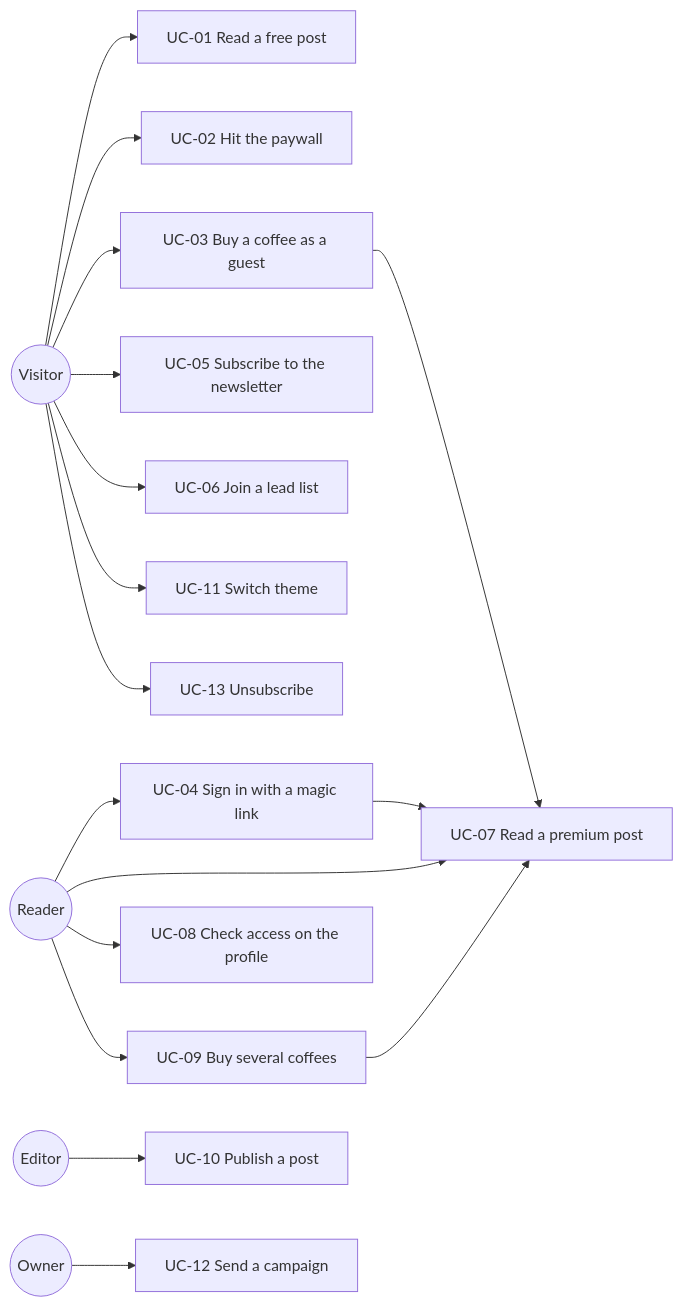
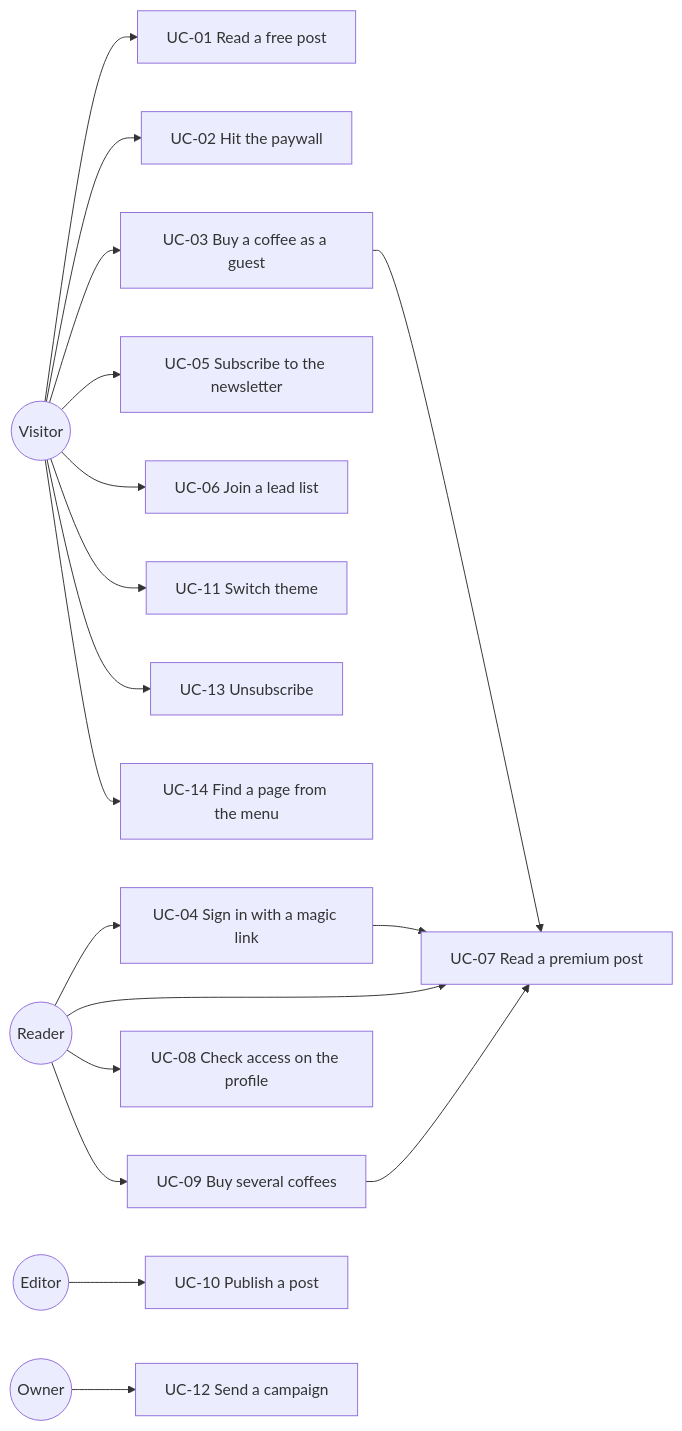
Before and after one commit to arqui-dev/sweai-base-apps: the diagram in docs/use-cases.md, drawn with Mermaid. The commit also changed other lines of this file and 11 other files, not shown here.

````diff
--- a/docs/use-cases.md
+++ b/docs/use-cases.md
@@ -7,22 +7,23 @@
 ```mermaid
 flowchart LR
   V((Visitor)) --> UC1[UC-01 Read a free post]
   V --> UC2[UC-02 Hit the paywall]
   V --> UC3[UC-03 Buy a coffee as a guest]
   V --> UC5[UC-05 Subscribe to the newsletter]
   V --> UC6[UC-06 Join a lead list]
   V --> UC11[UC-11 Switch theme]
   V --> UC13[UC-13 Unsubscribe]
+  V --> UC14[UC-14 Find a page from the menu]
 
   R((Reader)) --> UC4[UC-04 Sign in with a magic link]
   R --> UC7[UC-07 Read a premium post]
   R --> UC8[UC-08 Check access on the profile]
   R --> UC9[UC-09 Buy several coffees]
 
   E((Editor)) --> UC10[UC-10 Publish a post]
   O((Owner)) --> UC12[UC-12 Send a campaign]
 
   UC3 --> UC7
   UC4 --> UC7
   UC9 --> UC7
 ```
````
